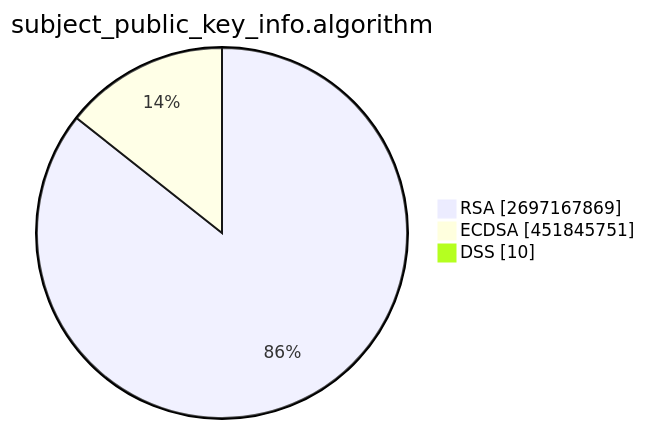
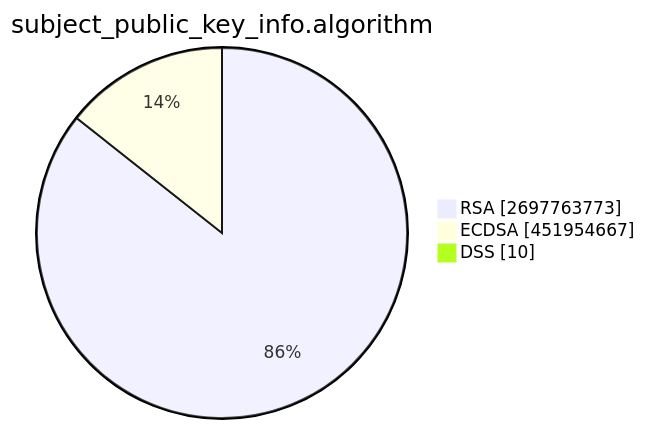
The second of 15 diagrams in TOTAL/README.md (christiankrug/ctmonitor_visualization), drawn with Mermaid before and after one commit. The commit also changed other lines of this file, not shown here.

````diff
--- a/TOTAL/README.md
+++ b/TOTAL/README.md
@@ -6,7 +6,7 @@
 ```mermaid
 pie showData
 title subject_public_key_info.algorithm
-"RSA" :2697167869
-"ECDSA" :451845751
+"RSA" :2697763773
+"ECDSA" :451954667
 "DSS" :10
 ```
````
